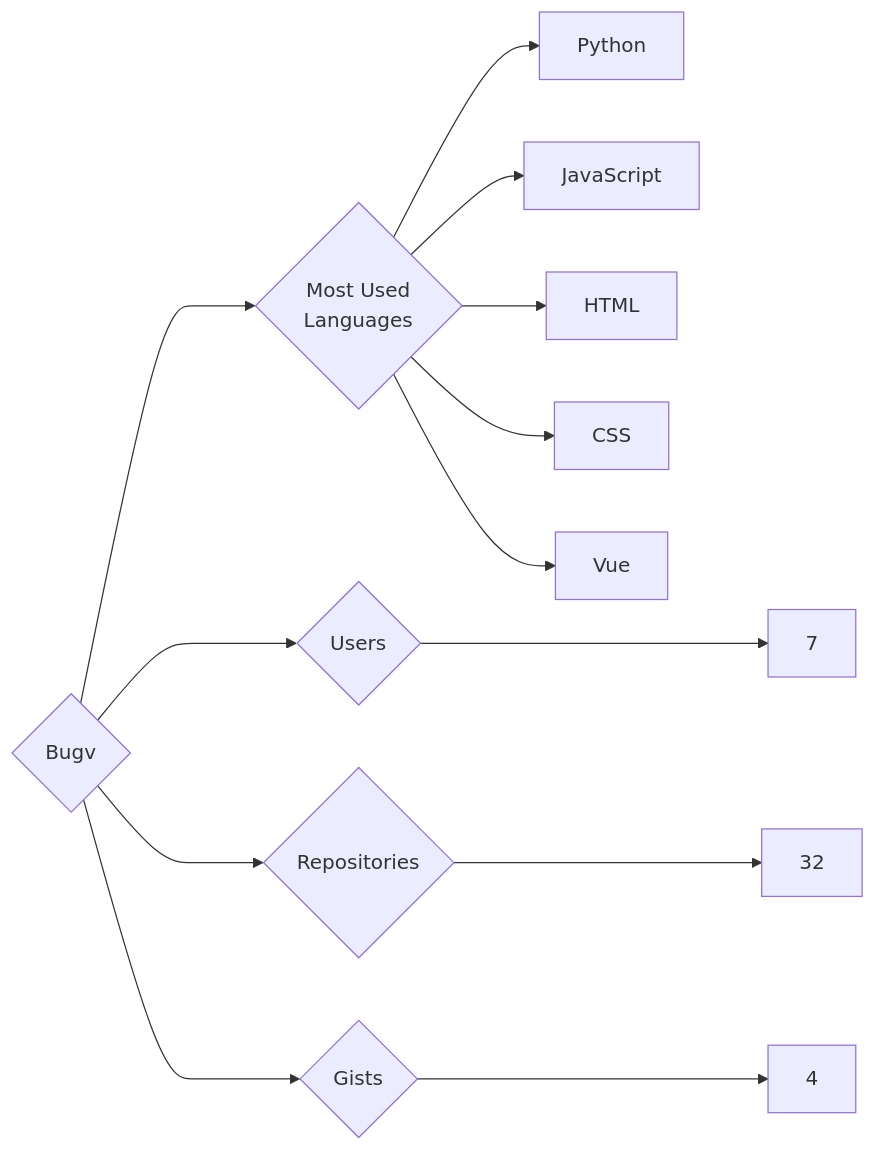
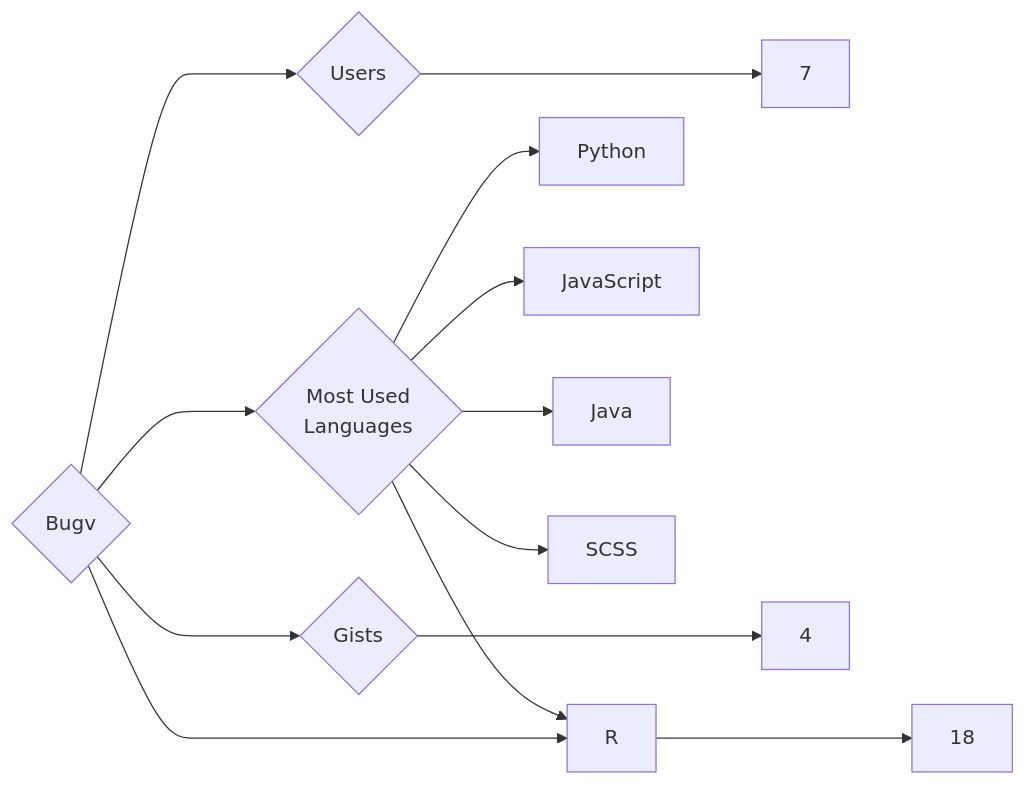
The diagram in targets/Bugv/README.md (trickest/insiders), drawn with Mermaid before and after one commit. The commit also changed 1003 other files, not shown here.

````diff
--- a/targets/Bugv/README.md
+++ b/targets/Bugv/README.md
@@ -3,13 +3,13 @@
 ```mermaid
 graph LR
 COMPANY_NAME{Bugv}
 COMPANY_NAME ---> U{Users} ---> UN[7]
-COMPANY_NAME ---> R{Repositories} ---> RN[32]
+COMPANY_NAME ---> R{Repositories} ---> RN[18]
 COMPANY_NAME ---> G{Gists} ---> GN[4]
 COMPANY_NAME ---> ML{Most Used<br>Languages}
 ML --> Python[Python]
 ML --> JavaScript[JavaScript]
-ML --> HTML[HTML]
-ML --> CSS[CSS]
-ML --> Vue[Vue]
+ML --> Java[Java]
+ML --> SCSS[SCSS]
+ML --> R[R]
 ```
````
